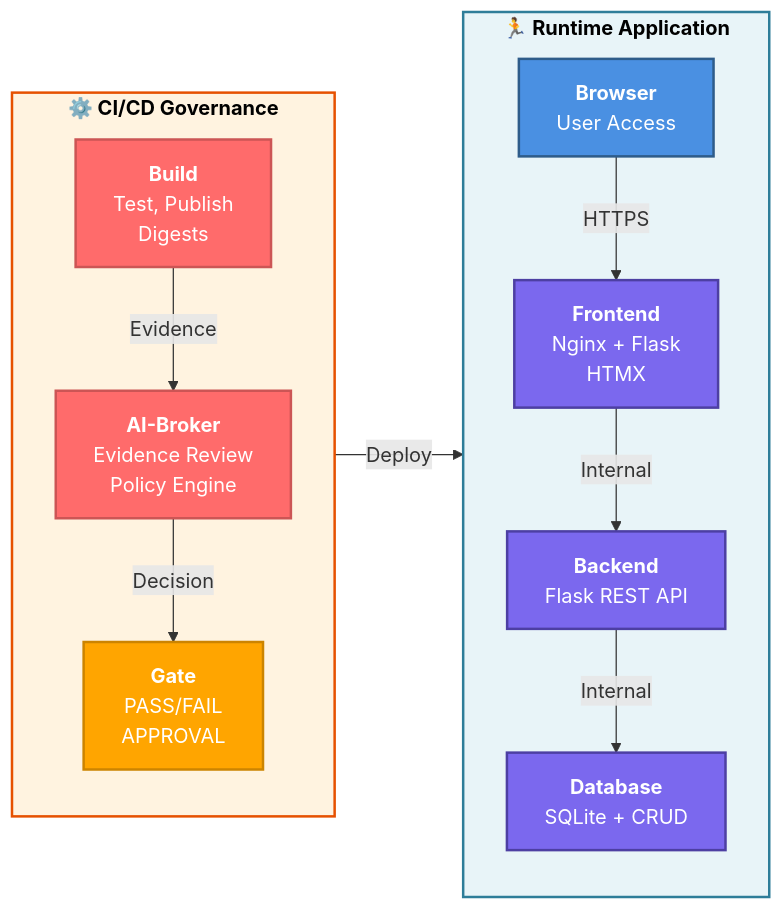
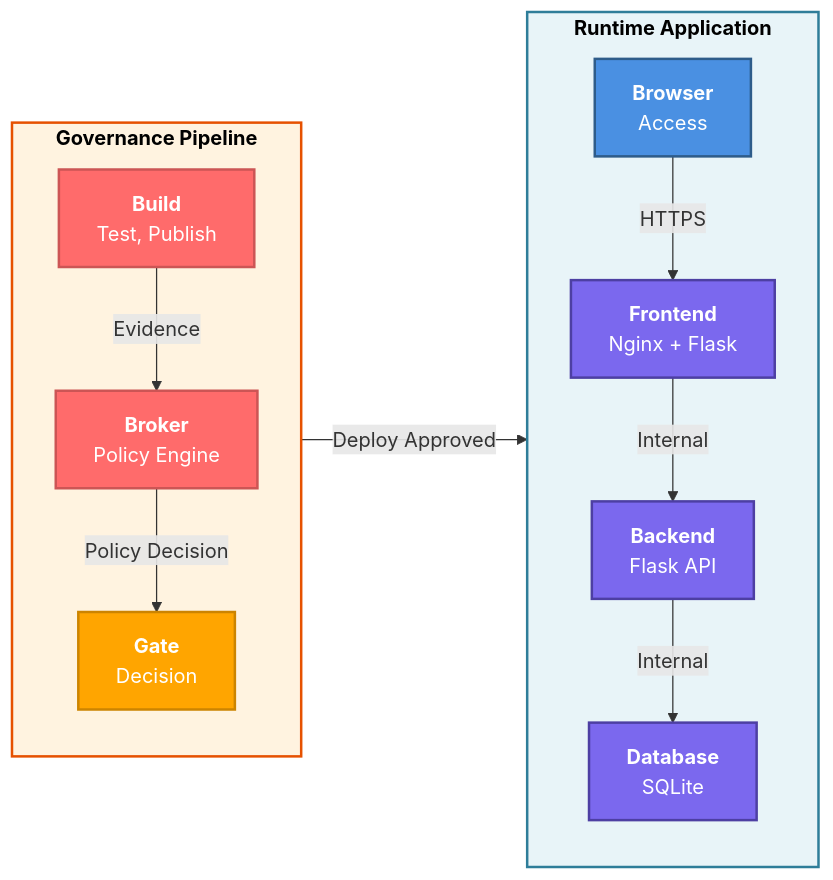
One commit to Georges034302/DRA2.0-POC-Demo-app changed the second of 2 diagrams in README.md. Above: the diagram before and after it, drawn with Mermaid. The commit also changed other lines of this file and 2 other files, not shown here.

First line of the commit message:
refactor: Simplify POC focus to governance pipeline, remove AI buzz words

````diff
--- a/README.md
+++ b/README.md
@@ -52,32 +56,32 @@
 ```mermaid
 graph LR
-    subgraph Runtime["<b>🏃 Runtime Application</b>"]
-        Browser["<b>Browser</b><br/>User Access"]
-        Frontend["<b>Frontend</b><br/>Nginx + Flask<br/>HTMX"]
-        Backend["<b>Backend</b><br/>Flask REST API"]
-        Database["<b>Database</b><br/>SQLite + CRUD"]
+    subgraph Runtime["<b>Runtime Application</b>"]
+        Browser["<b>Browser</b><br/>Access"]
+        Frontend["<b>Frontend</b><br/>Nginx + Flask"]
+        Backend["<b>Backend</b><br/>Flask API"]
+        Database["<b>Database</b><br/>SQLite"]
         Browser -->|HTTPS| Frontend
         Frontend -->|Internal| Backend
         Backend -->|Internal| Database
     end
     
-    subgraph Governance["<b>⚙️ CI/CD Governance</b>"]
-        Build["<b>Build</b><br/>Test, Publish<br/>Digests"]
-        Broker["<b>AI-Broker</b><br/>Evidence Review<br/>Policy Engine"]
-        Gate["<b>Gate</b><br/>PASS/FAIL<br/>APPROVAL"]
+    subgraph Governance["<b>Governance Pipeline</b>"]
+        Build["<b>Build</b><br/>Test, Publish"]
+        Broker["<b>Broker</b><br/>Policy Engine"]
+        Gate["<b>Gate</b><br/>Decision"]
         Build -->|Evidence| Broker
-        Broker -->|Decision| Gate
+        Broker -->|Policy Decision| Gate
     end
     
-    Governance -->|Deploy| Runtime
+    Governance -->|Deploy Approved| Runtime
     
     style Runtime fill:#E8F4F8,stroke:#2E7D99,stroke-width:2px,color:#000
     style Governance fill:#FFF3E0,stroke:#E65100,stroke-width:2px,color:#000
     style Browser fill:#4A90E2,stroke:#2E5C8A,color:#fff,stroke-width:2px
     style Frontend fill:#7B68EE,stroke:#4D3FA3,color:#fff,stroke-width:2px
     style Backend fill:#7B68EE,stroke:#4D3FA3,color:#fff,stroke-width:2px
     style Database fill:#7B68EE,stroke:#4D3FA3,color:#fff,stroke-width:2px
     style Build fill:#FF6B6B,stroke:#CC5555,color:#fff,stroke-width:2px
     style Broker fill:#FF6B6B,stroke:#CC5555,color:#fff,stroke-width:2px
     style Gate fill:#FFA500,stroke:#CC8400,color:#fff,stroke-width:2px
 ```
````
